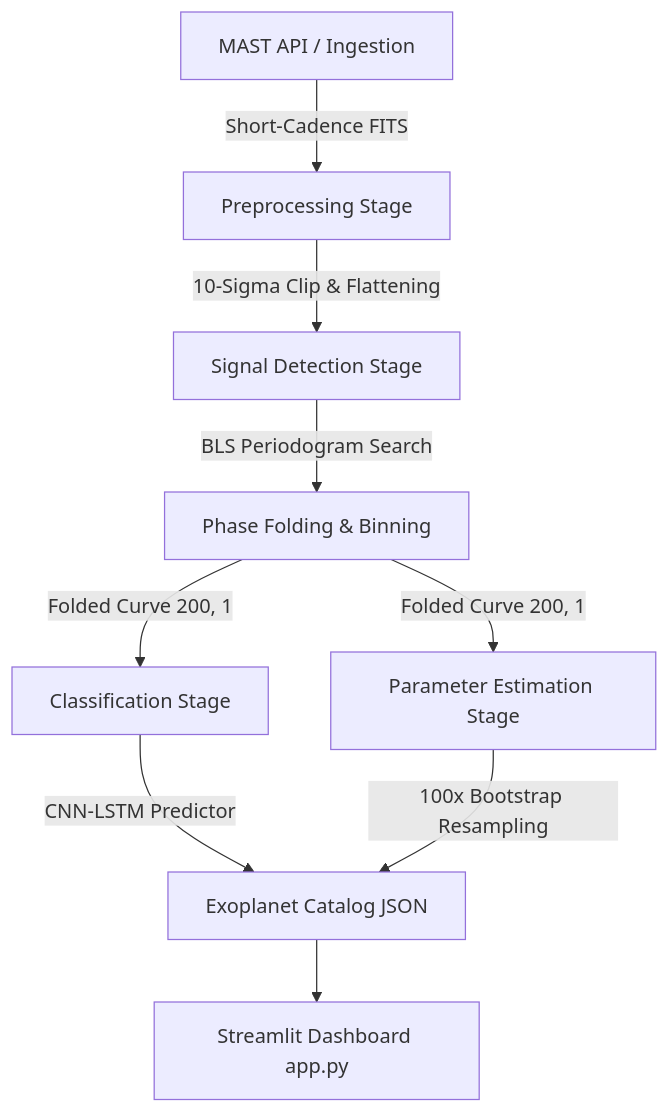
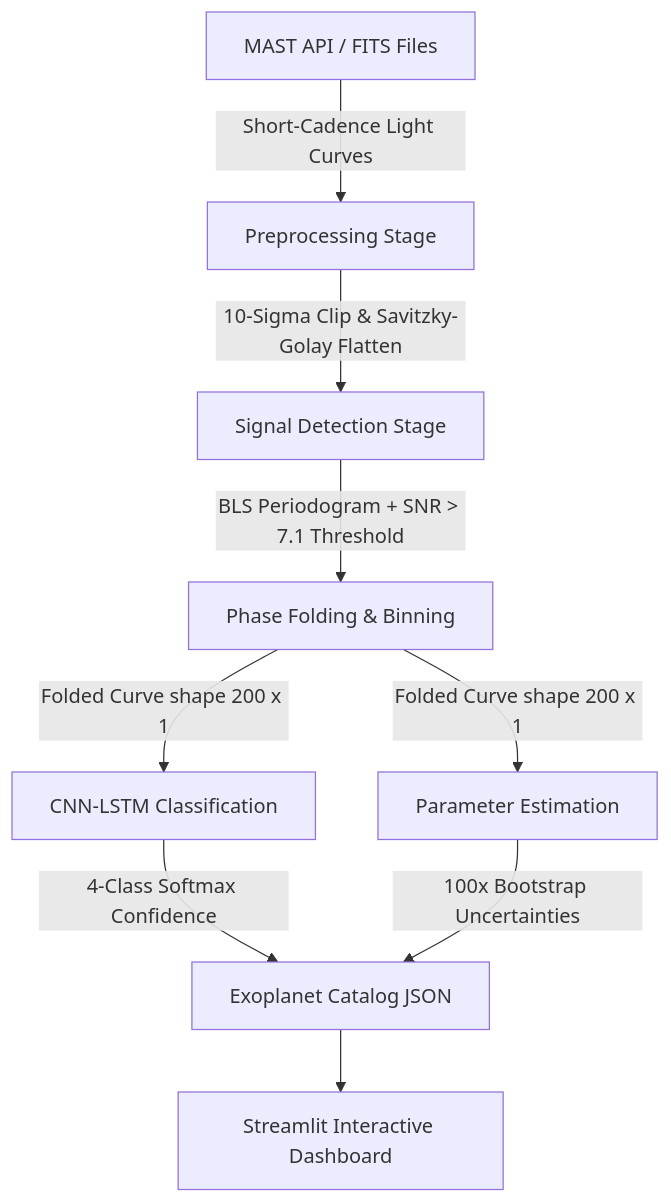
The diagram in README.md (Solivagus17/AI-enabled-Detection-of-Exoplanets-from-Noisy-Astronomical-Light-Curves), drawn with Mermaid before and after one commit. The commit also changed other lines of this file, not shown here.

````diff
--- a/README.md
+++ b/README.md
@@ -11,11 +27,11 @@
 ```mermaid
 graph TD
-    A[MAST API / Ingestion] -->|Short-Cadence FITS| B[Preprocessing Stage]
-    B -->|10-Sigma Clip & Flattening| C[Signal Detection Stage]
-    C -->|BLS Periodogram Search| D[Phase Folding & Binning]
-    D -->|Folded Curve 200, 1| E[Classification Stage]
-    D -->|Folded Curve 200, 1| F[Parameter Estimation Stage]
-    E -->|CNN-LSTM Predictor| G[Exoplanet Catalog JSON]
-    F -->|100x Bootstrap Resampling| G
-    G --> H[Streamlit Dashboard app.py]
+    A[MAST API / FITS Files] -->|Short-Cadence Light Curves| B[Preprocessing Stage]
+    B -->|10-Sigma Clip & Savitzky-Golay Flatten| C[Signal Detection Stage]
+    C -->|BLS Periodogram + SNR > 7.1 Threshold| D[Phase Folding & Binning]
+    D -->|Folded Curve shape 200 x 1| E[CNN-LSTM Classification]
+    D -->|Folded Curve shape 200 x 1| F[Parameter Estimation]
+    E -->|4-Class Softmax Confidence| G[Exoplanet Catalog JSON]
+    F -->|100x Bootstrap Uncertainties| G
+    G --> H[Streamlit Interactive Dashboard]
 ```
````
